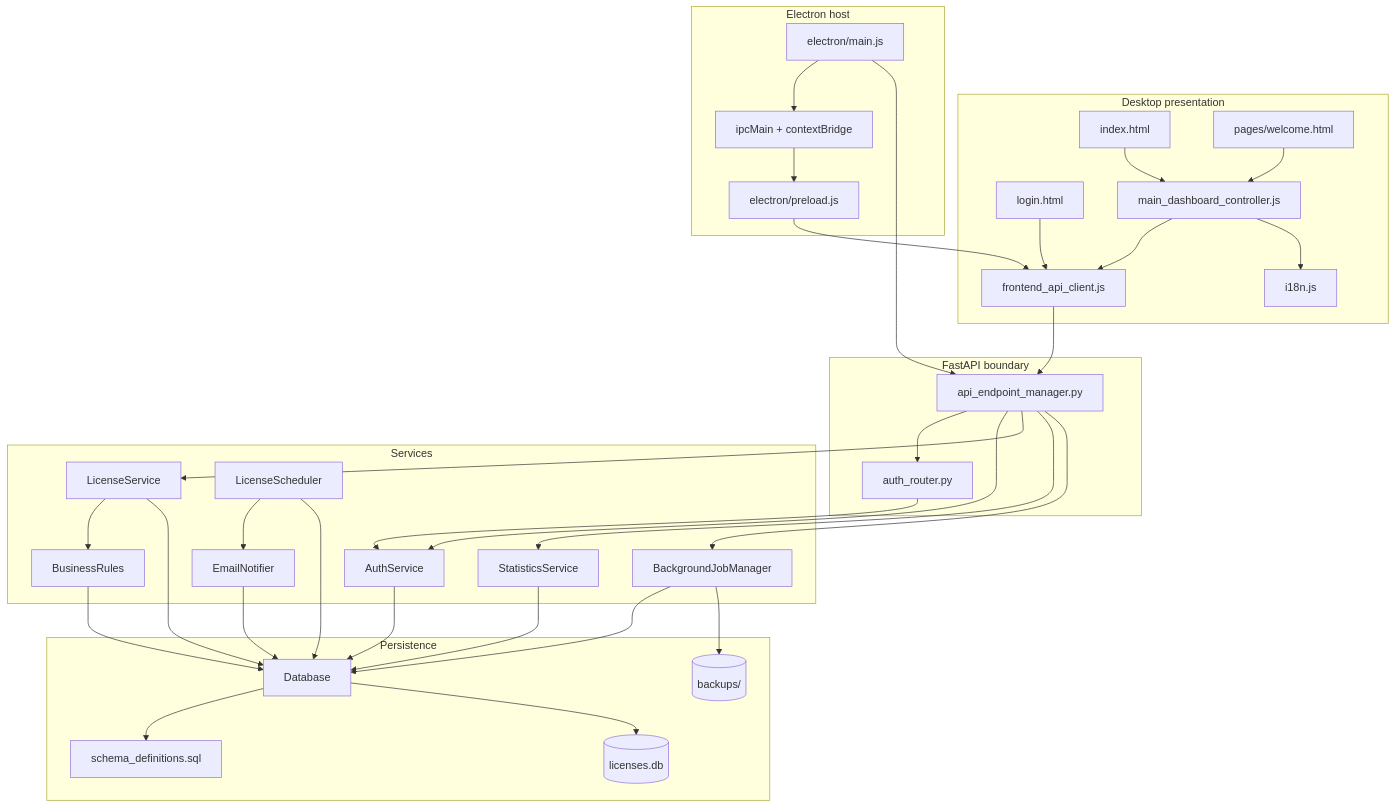
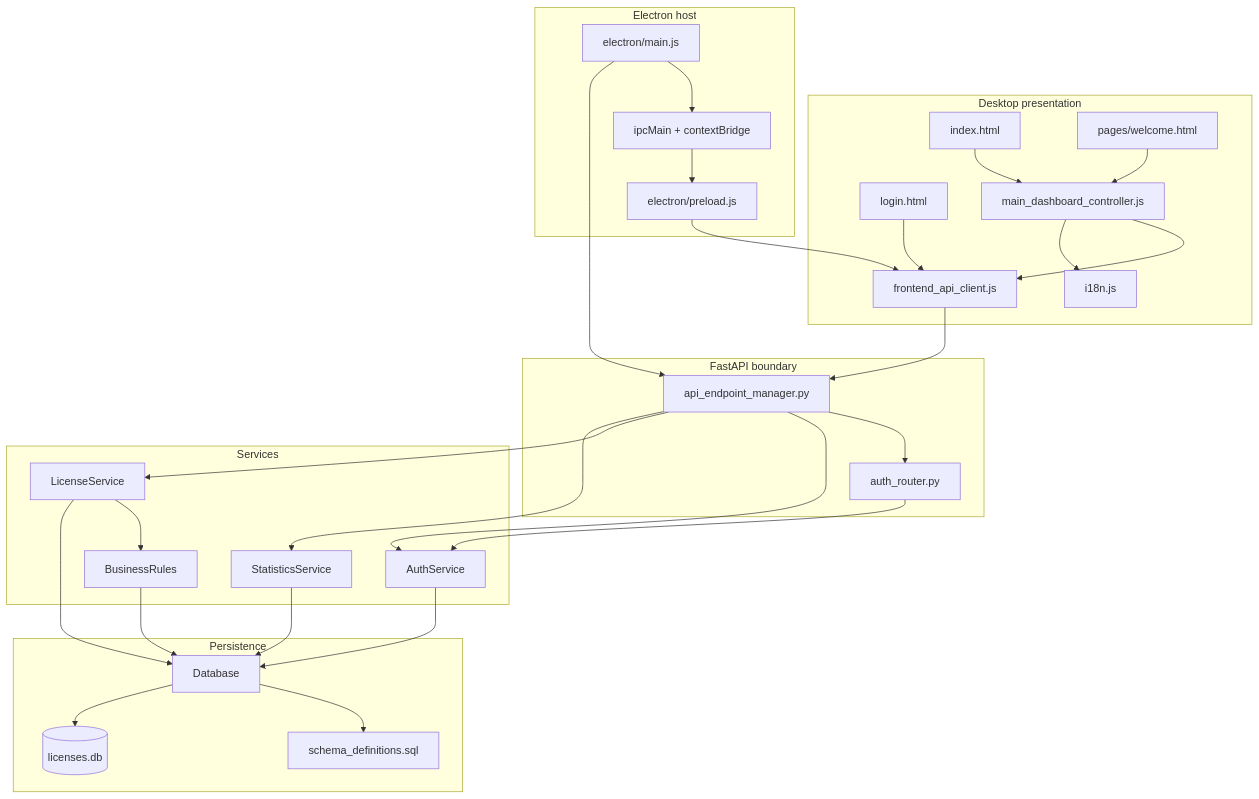
Before and after one commit to raouf-bendahmouche/hazmate: the second of 4 diagrams in docs/system_architecture.md, drawn with Mermaid. The commit also changed other lines of this file and 2370 other files, not shown here.

````diff
--- a/docs/system_architecture.md
+++ b/docs/system_architecture.md
@@ -115,69 +102,59 @@
 ```mermaid
 flowchart TB
 	subgraph Desktop[Desktop presentation]
 		LoginUI[login.html]
 		MainUI[index.html]
 		Welcome[pages/welcome.html]
 		Controller[main_dashboard_controller.js]
 		APIClient[frontend_api_client.js]
 		Locale[i18n.js]
 	end
 
 	subgraph Host[Electron host]
 		ElectronMain[electron/main.js]
 		Preload[electron/preload.js]
 		IPC[ipcMain + contextBridge]
 	end
 
 	subgraph HTTP[FastAPI boundary]
 		API[api_endpoint_manager.py]
 		AuthRouter[auth_router.py]
 	end
 
 	subgraph Domain[Services]
 		AuthSvc[AuthService]
 		LicenseSvc[LicenseService]
 		Rules[BusinessRules]
 		StatsSvc[StatisticsService]
-		Jobs[BackgroundJobManager]
-		Scheduler[LicenseScheduler]
-		Mailer[EmailNotifier]
 	end
 
 	subgraph Data[Persistence]
 		DB[Database]
 		Schema[schema_definitions.sql]
 		SQLite[(licenses.db)]
-		Backups[(backups/)]
 	end
 
 	LoginUI --> APIClient
 	MainUI --> Controller --> APIClient
 	Welcome --> Controller
 	Controller --> Locale
 
 	ElectronMain --> IPC --> Preload --> APIClient
 	ElectronMain --> API
 
 	APIClient --> API
 	API --> AuthRouter
 	API --> AuthSvc
 	API --> LicenseSvc
 	API --> StatsSvc
-	API --> Jobs
 
 	AuthRouter --> AuthSvc
 	LicenseSvc --> Rules
 	AuthSvc --> DB
 	LicenseSvc --> DB
 	Rules --> DB
 	StatsSvc --> DB
-	Jobs --> DB
-	Scheduler --> Mailer
-	Scheduler --> DB
-	Mailer --> DB
 
 	DB --> Schema
 	DB --> SQLite
-	Jobs --> Backups
 ```
````
